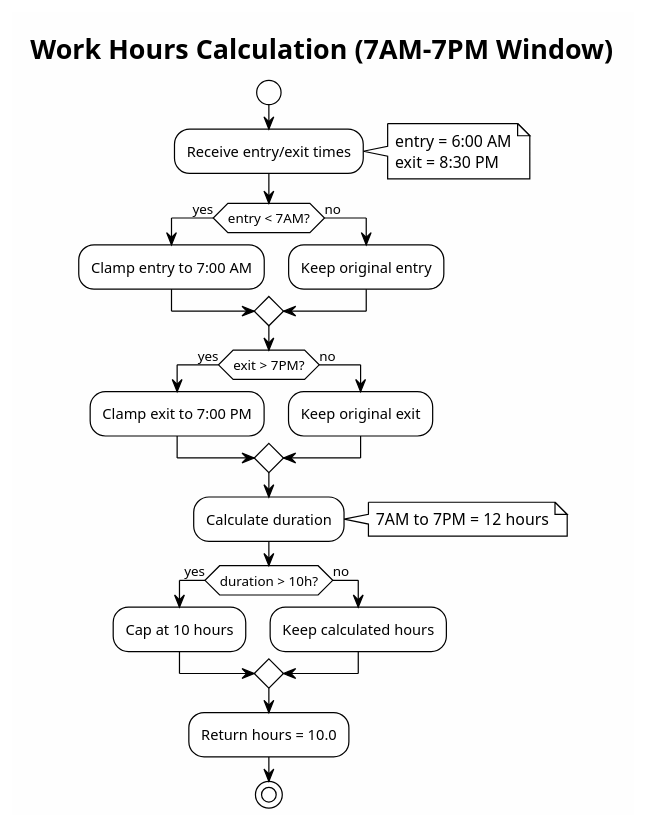
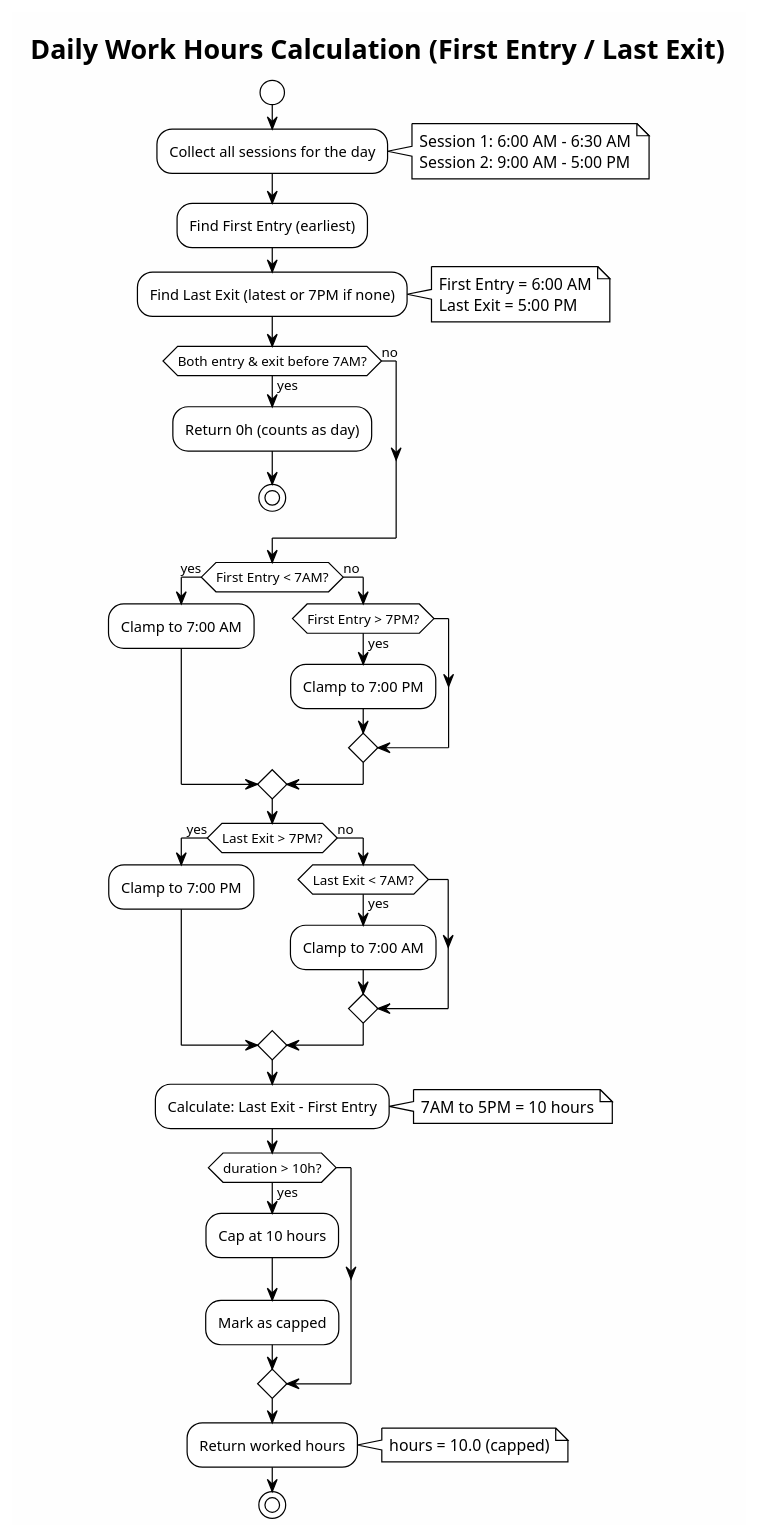
Before and after one commit to abaiao-r/Go2Office: the diagram in docs/diagrams/hour-tracking.puml, drawn with PlantUML. The commit also changed 6 other files, not shown here.

First line of the commit message:
feat: Implement first entry/last exit daily time calculation (#28)

```diff
--- a/docs/diagrams/hour-tracking.puml
+++ b/docs/diagrams/hour-tracking.puml
@@ -1,32 +1,59 @@
 @startuml hour-tracking
 !theme plain
 skinparam backgroundColor #FEFEFE
-title Work Hours Calculation (7AM-7PM Window)
+title Daily Work Hours Calculation (First Entry / Last Exit)
+
 start
-:Receive entry/exit times;
+
+:Collect all sessions for the day;
 note right
-  entry = 6:00 AM
-  exit = 8:30 PM
+  Session 1: 6:00 AM - 6:30 AM
+  Session 2: 9:00 AM - 5:00 PM
 end note
-if (entry < 7AM?) then (yes)
-  :Clamp entry to 7:00 AM;
+
+:Find First Entry (earliest);
+:Find Last Exit (latest or 7PM if none);
+note right
+  First Entry = 6:00 AM
+  Last Exit = 5:00 PM
+end note
+
+if (Both entry & exit before 7AM?) then (yes)
+  :Return 0h (counts as day);
+  stop
 else (no)
-  :Keep original entry;
 endif
-if (exit > 7PM?) then (yes)
-  :Clamp exit to 7:00 PM;
+
+if (First Entry < 7AM?) then (yes)
+  :Clamp to 7:00 AM;
 else (no)
-  :Keep original exit;
+  if (First Entry > 7PM?) then (yes)
+    :Clamp to 7:00 PM;
+  endif
 endif
-:Calculate duration;
+
+if (Last Exit > 7PM?) then (yes)
+  :Clamp to 7:00 PM;
+else (no)
+  if (Last Exit < 7AM?) then (yes)
+    :Clamp to 7:00 AM;
+  endif
+endif
+
+:Calculate: Last Exit - First Entry;
 note right
-  7AM to 7PM = 12 hours
+  7AM to 5PM = 10 hours
 end note
+
 if (duration > 10h?) then (yes)
   :Cap at 10 hours;
-else (no)
-  :Keep calculated hours;
+  :Mark as capped;
 endif
-:Return hours = 10.0;
+
+:Return worked hours;
+note right
+  hours = 10.0 (capped)
+end note
+
 stop
 @enduml
```
